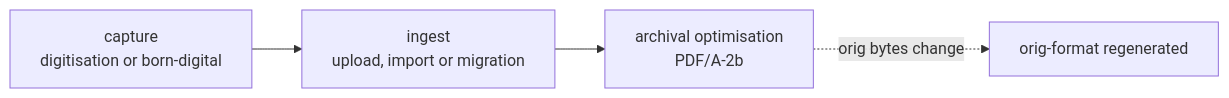
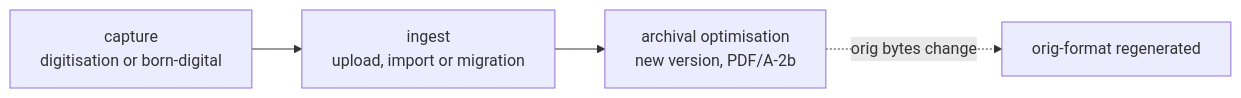
Before and after one commit to ARUP-CAS/aiscr-webamcr: the second of 5 diagrams in docs/source/06_funkcionalita/ukladani_souboru.rst, drawn with Mermaid. The commit also changed other lines of this file, not shown here.

First line of the commit message:
Correct where orig bytes change: new version uploads only, never on archiving

```diff
--- a/docs/source/06_funkcionalita/ukladani_souboru.rst
+++ b/docs/source/06_funkcionalita/ukladani_souboru.rst
@@ -367,7 +370,7 @@
 .. mermaid::
    :align: center
 
    flowchart LR
        C["capture<br/>digitisation or born-digital"] --> I["ingest<br/>upload, import or migration"]
-       I --> O["archival optimisation<br/>PDF/A-2b"]
+       I --> O["archival optimisation<br/>new version, PDF/A-2b"]
        O -. "orig bytes change" .-> F["orig-format regenerated"]
```
